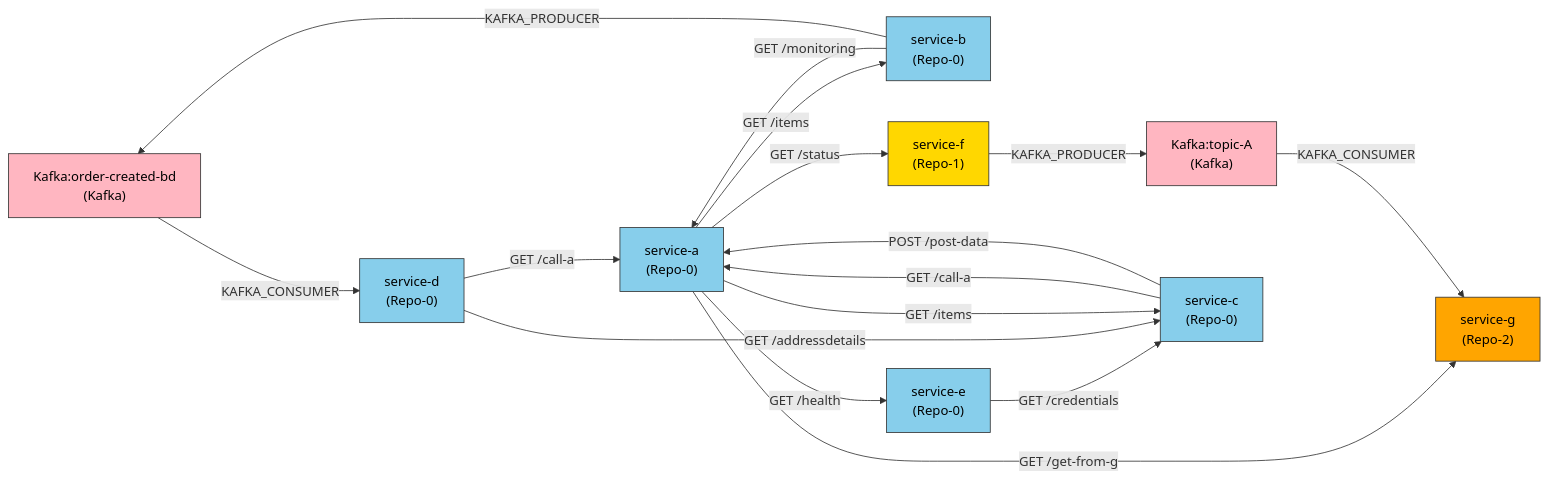
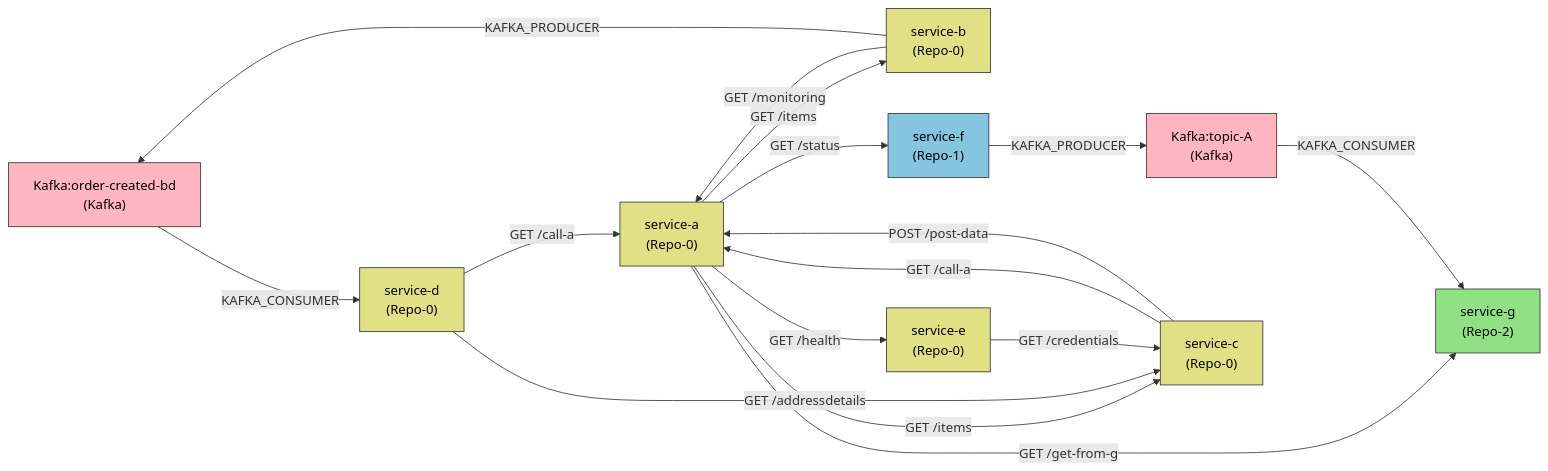
Before and after one commit to lokesh0507/First_project: the diagram in output/deps.md, drawn with Mermaid. The commit also changed 5 other files, not shown here.

````diff
--- a/output/deps.md
+++ b/output/deps.md
@@ -1,47 +1,46 @@
 ```mermaid
 graph LR
-classDef First_project fill:#90EE90,stroke:#333,color:#000
 classDef Kafka fill:#FFB6C1,stroke:#333,color:#000
-classDef Repo-0 fill:#87CEEB,stroke:#333,color:#000
-classDef Repo-1 fill:#FFD700,stroke:#333,color:#000
-classDef Repo-2 fill:#FFA500,stroke:#333,color:#000
+classDef Repo-0 fill:#E0E084,stroke:#333,color:#000
+classDef Repo-1 fill:#84C5E0,stroke:#333,color:#000
+classDef Repo-2 fill:#90E084,stroke:#333,color:#000
 
   Kafka:order-created-bd["Kafka:order-created-bd
 (Kafka)"]
   Kafka:topic-A["Kafka:topic-A
 (Kafka)"]
   service-a["service-a
 (Repo-0)"]
   service-b["service-b
 (Repo-0)"]
   service-c["service-c
 (Repo-0)"]
   service-d["service-d
 (Repo-0)"]
   service-e["service-e
 (Repo-0)"]
   service-f["service-f
 (Repo-1)"]
   service-g["service-g
 (Repo-2)"]
 
-  service-e -->|GET /credentials| service-c
-  service-d -->|GET /call-a| service-a
-  service-d -->|GET /addressdetails| service-c
   service-a -->|GET /items| service-b
   service-a -->|GET /items| service-c
   service-a -->|GET /health| service-e
   service-a -->|GET /get-from-g| service-g
   service-a -->|GET /status| service-f
+  service-b -->|GET /monitoring| service-a
   service-c -->|GET /call-a| service-a
   service-c -->|POST /post-data| service-a
-  service-b -->|GET /monitoring| service-a
+  service-d -->|GET /call-a| service-a
+  service-d -->|GET /addressdetails| service-c
+  service-e -->|GET /credentials| service-c
+  service-b -->|KAFKA_PRODUCER| Kafka:order-created-bd
   Kafka:order-created-bd -->|KAFKA_CONSUMER| service-d
-  service-b -->|KAFKA_PRODUCER| Kafka:order-created-bd
+  service-f -->|KAFKA_PRODUCER| Kafka:topic-A
   Kafka:topic-A -->|KAFKA_CONSUMER| service-g
-  service-f -->|KAFKA_PRODUCER| Kafka:topic-A
 class Kafka:order-created-bd,Kafka:topic-A Kafka
-class service-e,service-d,service-a,service-c,service-b Repo-0
+class service-a,service-b,service-c,service-d,service-e Repo-0
 class service-f Repo-1
 class service-g Repo-2
 ```
````
